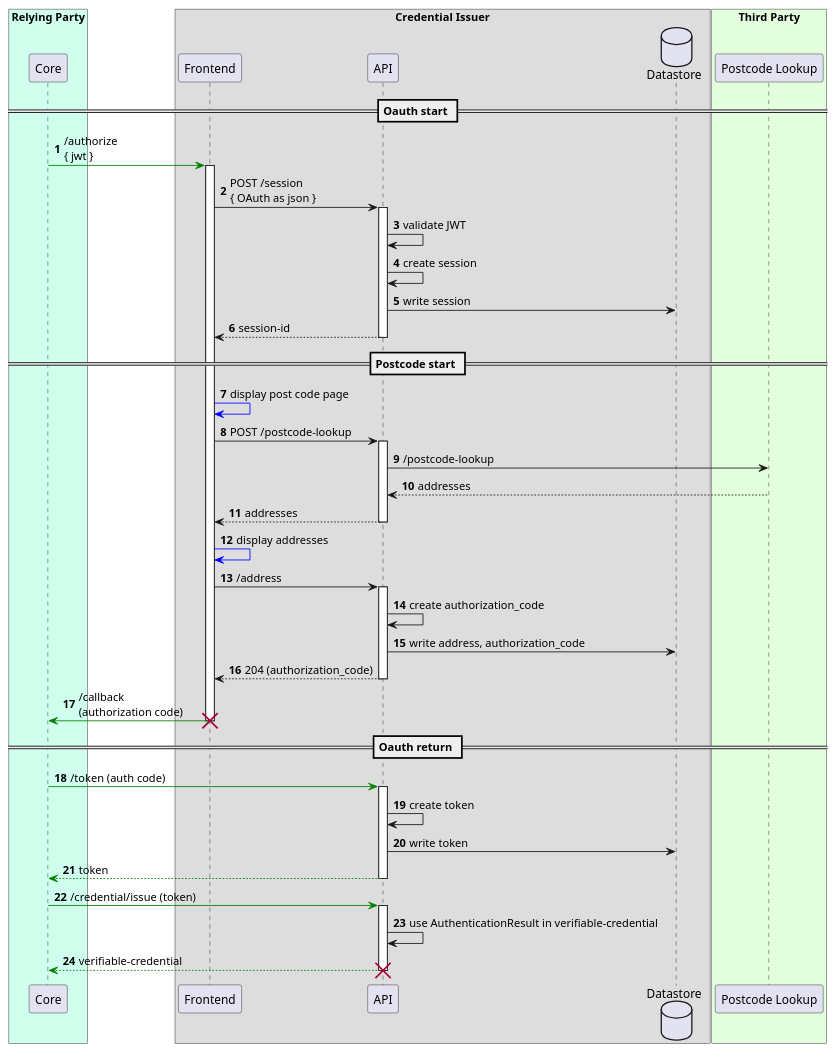
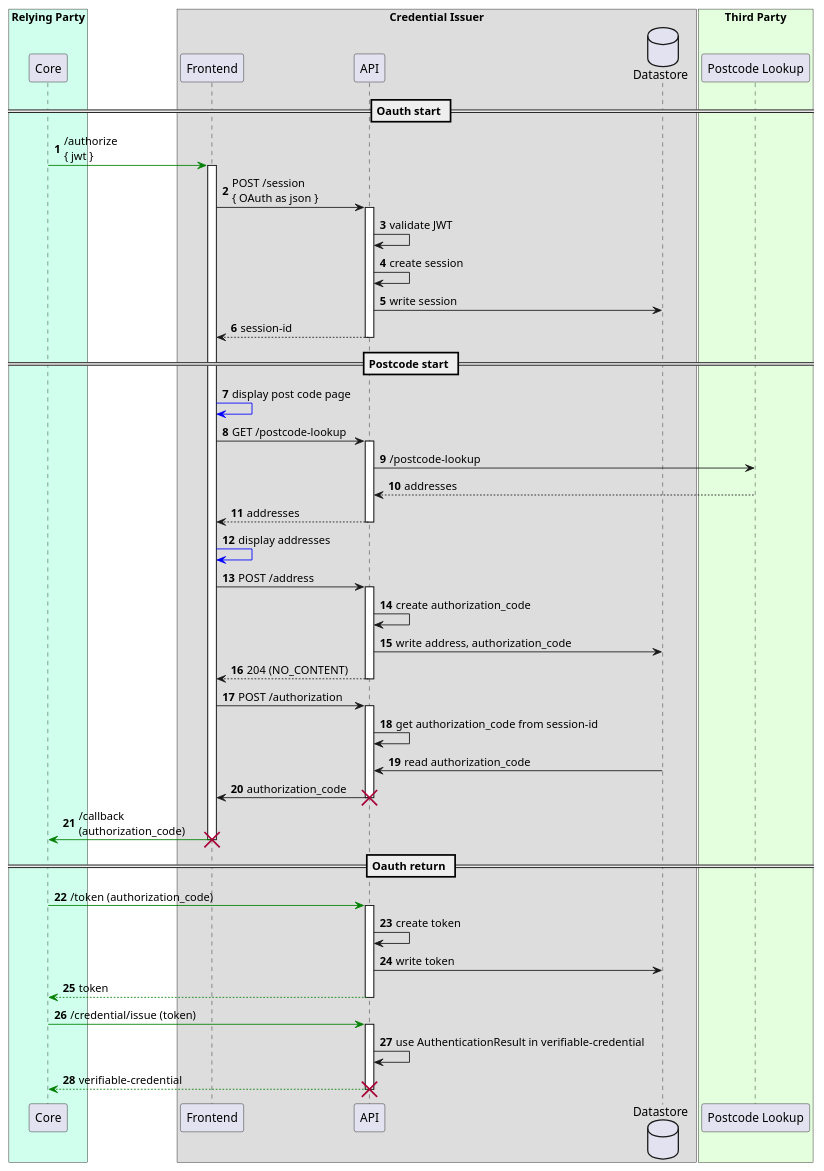
Before and after one commit to govuk-one-login/ipv-cri-address-api: the diagram in doc/api.puml, drawn with PlantUML. The commit also changed 8 other files, not shown here.

First line of the commit message:
[KBV-506] - Refactor Address CRI to use new /authorization endpoint for returning authorization code (#134)

```diff
--- a/doc/api.puml
+++ b/doc/api.puml
@@ -1,69 +1,76 @@
 @startuml
 'https://plantuml.com/sequence-diagram
 
 autonumber
 skinparam backgroundColor #ffffff
 
 'actor User
 box "Relying Party" #d0ffee
 participant Core as core
 end box
 
 box "Credential Issuer"
 participant Frontend as fe
 participant API as api
 database Datastore as db
 
 box "Third Party" #e4ffde
 participant "Postcode Lookup" as pcl
 end box
 == Oauth start ==
 
 core -[#green]> fe : /authorize\n{ jwt }
 activate fe
 
 fe -> api: POST /session\n{ OAuth as json }
 activate api
 api -> api: validate JWT
 api -> api: create session
 api -> db: write session
 return session-id
 
 == Postcode start ==
 
 fe-[#blue]>fe: display post code page
 
-fe -> api: POST /postcode-lookup
+fe -> api: GET /postcode-lookup
 activate api
 api->pcl: /postcode-lookup
 api<--pcl: addresses
 return addresses
 
 fe-[#blue]>fe: display addresses
 
-fe->api: /address
+fe->api: POST /address
 activate api
 
 api -> api: create authorization_code
 api -> db: write address, authorization_code
-return 204 (authorization_code)
+return 204 (NO_CONTENT)
 
-core <[#green]- fe: /callback\n(authorization code)
+fe -> api: POST /authorization
+activate api
+api -> api: get authorization_code from session-id
+db -> api: read authorization_code
+api -> fe: authorization_code
+destroy api
+
+core <[#green]- fe: /callback\n(authorization_code)
 destroy fe
 == Oauth return ==
 
 
 
-core -[#green]> api: /token (auth code)
+core -[#green]> api: /token (authorization_code)
 activate api
 api -> api: create token
 api -> db: write token
 return token
 core -[#green]> api: /credential/issue (token)
 activate api
 api -> api: use AuthenticationResult in verifiable-credential
 return verifiable-credential
 
 
 destroy api
 @enduml
```
